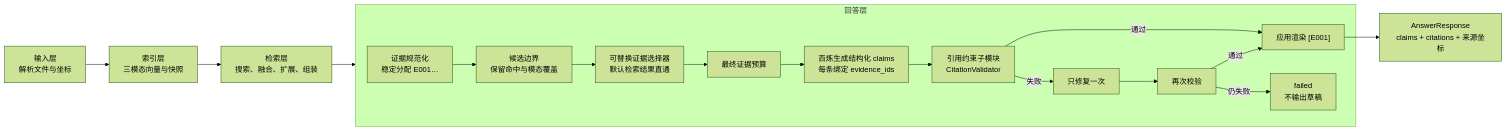
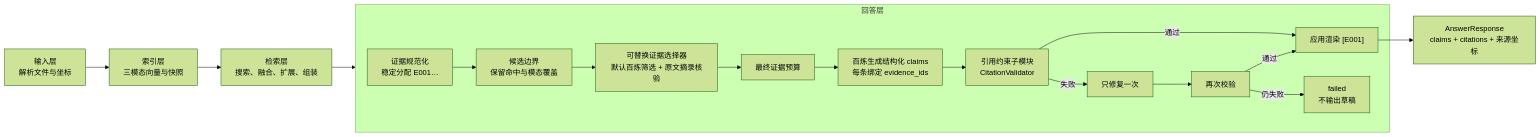
One commit to xyf966/RAG-PIXEL changed the first of 2 diagrams in 引用层测试结果/引用层方法与测试总览_20260831.md. Above: the diagram before and after it, drawn with Mermaid (forest theme). The commit also changed other lines of this file and 12 other files, not shown here.

````diff
--- a/引用层测试结果/引用层方法与测试总览_20260831.md
+++ b/引用层测试结果/引用层方法与测试总览_20260831.md
@@ -26,21 +26,21 @@
 ```mermaid
 flowchart LR
     INPUT["输入层<br/>解析文件与坐标"] --> INDEX["索引层<br/>三模态向量与快照"]
     INDEX --> RETRIEVAL["检索层<br/>搜索、融合、扩展、组装"]
     RETRIEVAL --> ANSWER["回答层"]
 
     subgraph ANSWER["回答层"]
         NORMALIZE["证据规范化<br/>稳定分配 E001…"] --> CANDIDATES["候选边界<br/>保留命中与模态覆盖"]
-        CANDIDATES --> SELECT["可替换证据选择器<br/>默认检索结果直通"]
+        CANDIDATES --> SELECT["可替换证据选择器<br/>默认百炼筛选 + 原文摘录核验"]
         SELECT --> BUDGET["最终证据预算"]
         BUDGET --> GENERATE["百炼生成结构化 claims<br/>每条绑定 evidence_ids"]
         GENERATE --> CITATION["引用约束子模块<br/>CitationValidator"]
         CITATION -->|通过| RENDER["应用渲染 [E001]"]
         CITATION -->|失败| REPAIR["只修复一次"]
         REPAIR --> CITATION2["再次校验"]
         CITATION2 -->|通过| RENDER
         CITATION2 -->|仍失败| FAIL["failed<br/>不输出草稿"]
     end
 
     RENDER --> RESPONSE["AnswerResponse<br/>claims + citations + 来源坐标"]
 ```
````
